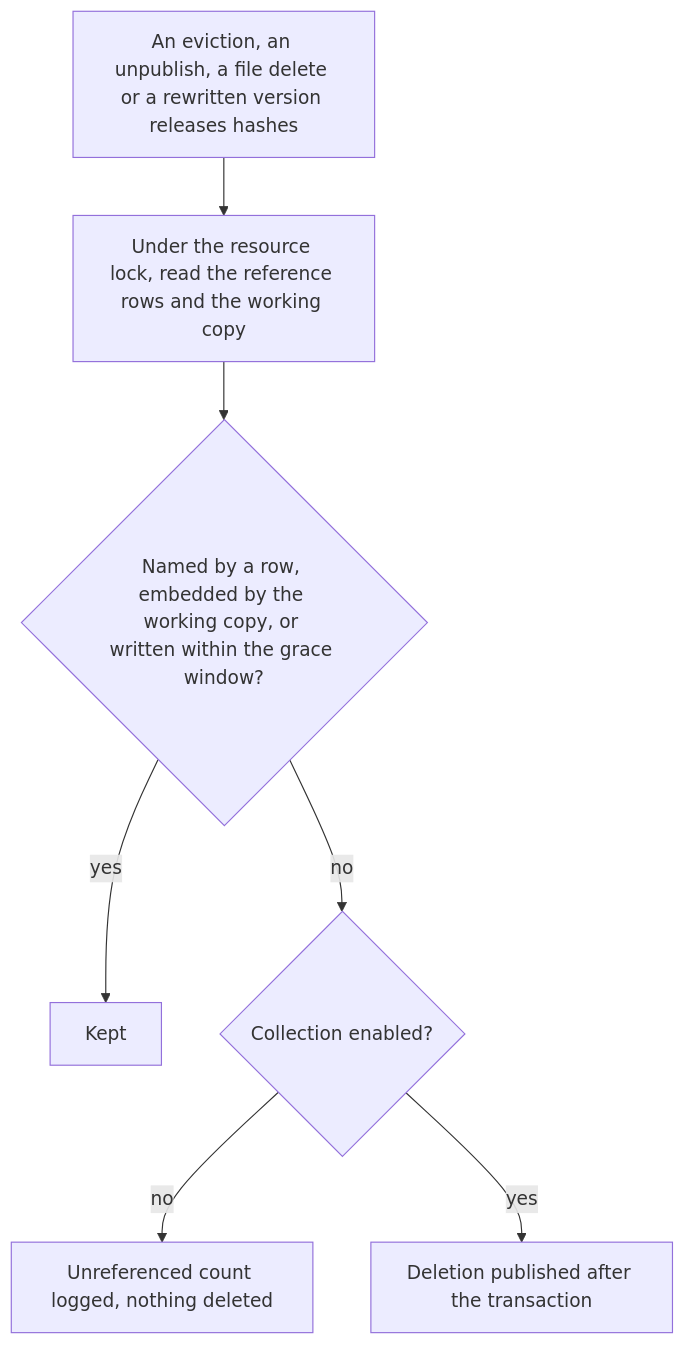
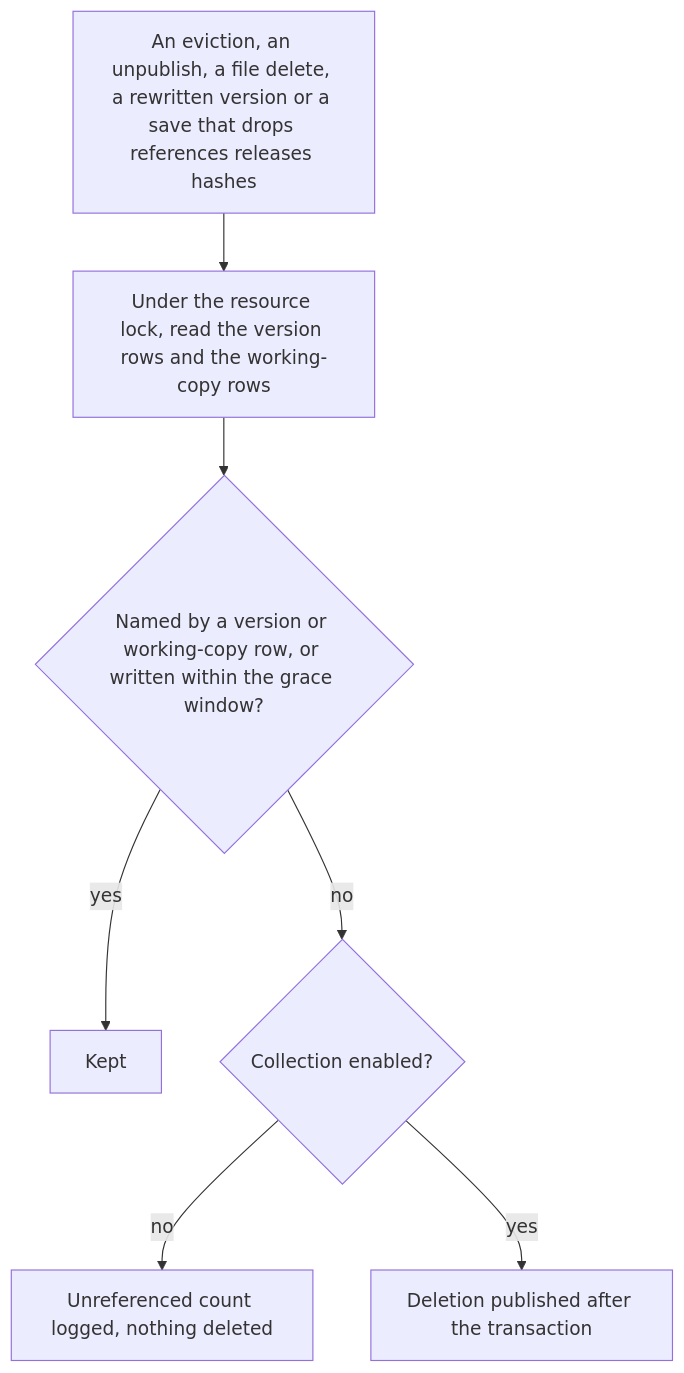
One commit to Esposter/Esposter changed the second of 3 diagrams in openspec/specs/resource/content-addressed-assets/design.md. Above: the diagram before and after it, drawn with Mermaid. The commit also changed other lines of this file and 5 other files, not shown here.

First line of the commit message:
docs(openspec): working-copy references in content-addressed assets

````diff
--- a/openspec/specs/resource/content-addressed-assets/design.md
+++ b/openspec/specs/resource/content-addressed-assets/design.md
@@ -29,9 +29,9 @@
 ```mermaid
 flowchart TD
-  released["An eviction, an unpublish, a file delete or a rewritten version releases hashes"] --> lock["Under the resource lock, read the reference rows and the working copy"]
-  lock --> held{"Named by a row, embedded by the working copy, or written within the grace window?"}
+  released["An eviction, an unpublish, a file delete, a rewritten version or a save that drops references releases hashes"] --> lock["Under the resource lock, read the version rows and the working-copy rows"]
+  lock --> held{"Named by a version or working-copy row, or written within the grace window?"}
   held -->|yes| keep["Kept"]
   held -->|no| gate{"Collection enabled?"}
   gate -->|no| count["Unreferenced count logged, nothing deleted"]
   gate -->|yes| delete["Deletion published after the transaction"]
 ```
````
